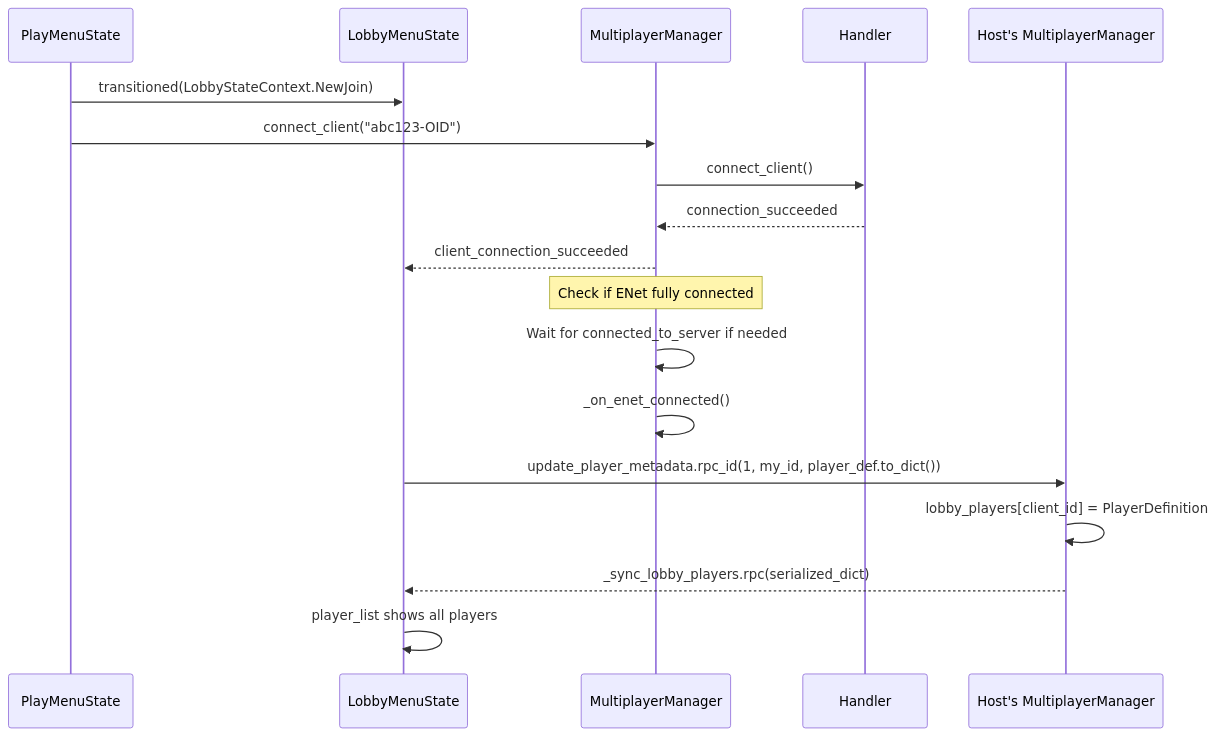
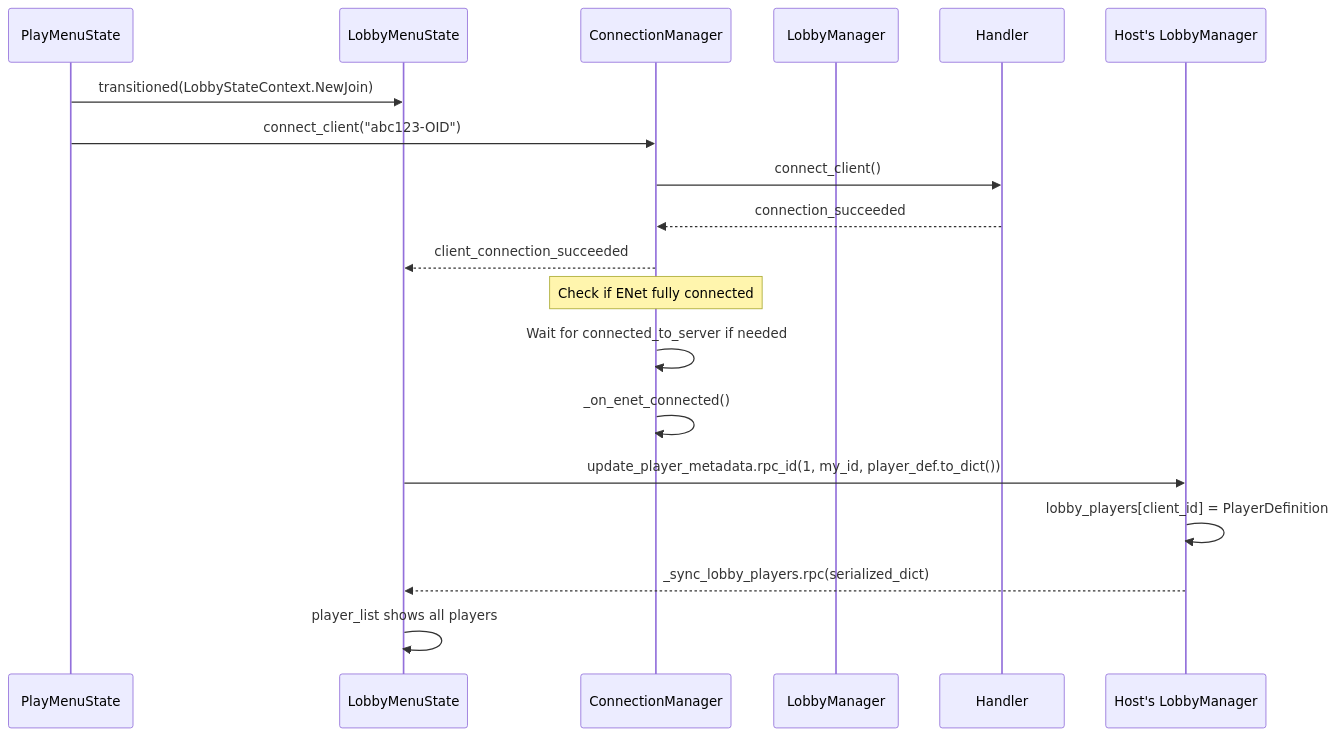
Before and after one commit to ssebs/DankNooner: the third of 13 diagrams in v2/planning_docs/LobbyGameFlowMP.md, drawn with Mermaid. The commit also changed other lines of this file and 2 other files, not shown here.

````diff
--- a/v2/planning_docs/LobbyGameFlowMP.md
+++ b/v2/planning_docs/LobbyGameFlowMP.md
@@ -69,23 +72,24 @@
 ```mermaid
 sequenceDiagram
     participant Play as PlayMenuState
     participant Lobby as LobbyMenuState
-    participant MM as MultiplayerManager
+    participant CM as ConnectionManager
+    participant LM as LobbyManager
     participant Handler as Handler
-    participant HostMM as Host's MultiplayerManager
+    participant HostLM as Host's LobbyManager
 
     Play->>Lobby: transitioned(LobbyStateContext.NewJoin)
-    Play->>MM: connect_client("abc123-OID")
-    MM->>Handler: connect_client()
-    Handler-->>MM: connection_succeeded
-    MM-->>Lobby: client_connection_succeeded
+    Play->>CM: connect_client("abc123-OID")
+    CM->>Handler: connect_client()
+    Handler-->>CM: connection_succeeded
+    CM-->>Lobby: client_connection_succeeded
 
-    Note over MM: Check if ENet fully connected
-    MM->>MM: Wait for connected_to_server if needed
-    MM->>MM: _on_enet_connected()
+    Note over CM: Check if ENet fully connected
+    CM->>CM: Wait for connected_to_server if needed
+    CM->>CM: _on_enet_connected()
 
-    Lobby->>HostMM: update_player_metadata.rpc_id(1, my_id, player_def.to_dict())
-    HostMM->>HostMM: lobby_players[client_id] = PlayerDefinition
-    HostMM-->>Lobby: _sync_lobby_players.rpc(serialized_dict)
+    Lobby->>HostLM: update_player_metadata.rpc_id(1, my_id, player_def.to_dict())
+    HostLM->>HostLM: lobby_players[client_id] = PlayerDefinition
+    HostLM-->>Lobby: _sync_lobby_players.rpc(serialized_dict)
     Lobby->>Lobby: player_list shows all players
 ```
````
